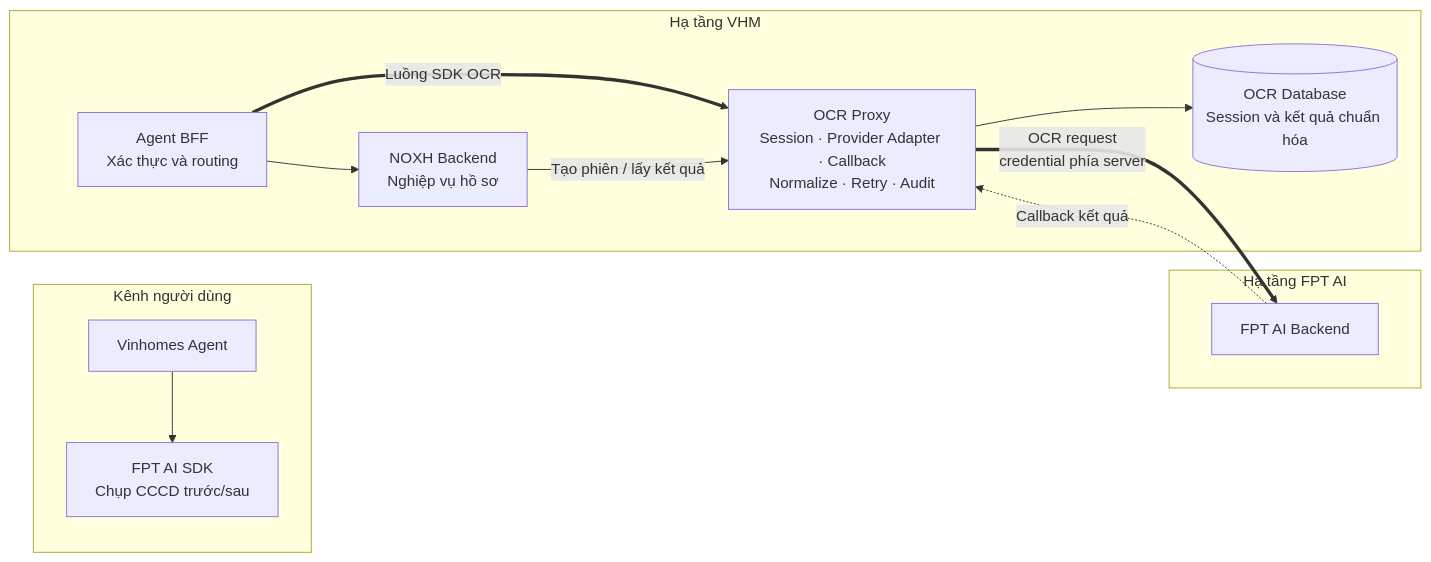
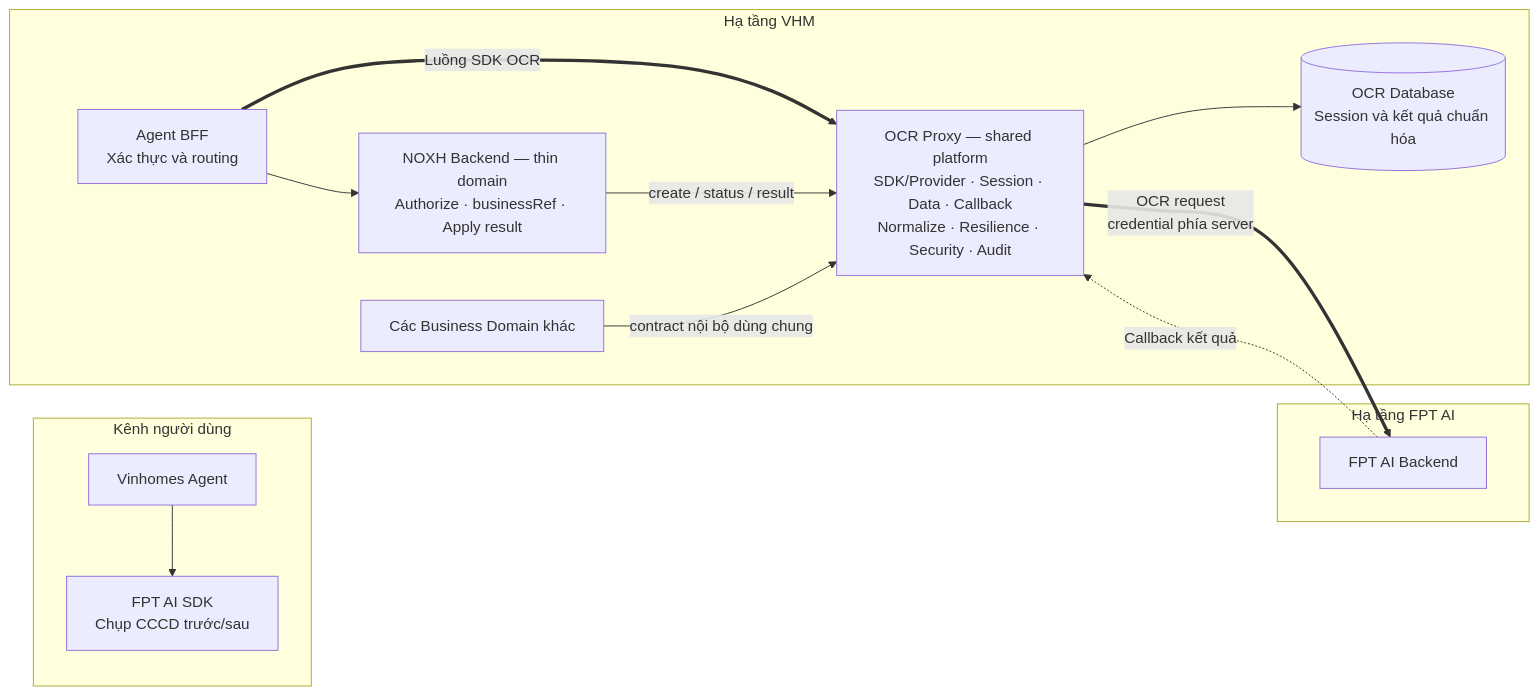
One commit to huynv-xyz/vhm changed the first of 8 diagrams in noxh.md. Above: the diagram before and after it, drawn with Mermaid. The commit also changed other lines of this file, not shown here.

````diff
--- a/noxh.md
+++ b/noxh.md
@@ -121,28 +121,30 @@
 ```mermaid
 flowchart LR
     subgraph CLIENT["Kênh người dùng"]
         AGENT["Vinhomes Agent"]
         SDK["FPT AI SDK<br/>Chụp CCCD trước/sau"]
         AGENT --> SDK
     end
 
     subgraph VHM["Hạ tầng VHM"]
         BFF["Agent BFF<br/>Xác thực và routing"]
-        NOXH["NOXH Backend<br/>Nghiệp vụ hồ sơ"]
-        PROXY["OCR Proxy<br/>Session · Provider Adapter · Callback<br/>Normalize · Retry · Audit"]
+        NOXH["NOXH Backend — thin domain<br/>Authorize · businessRef · Apply result"]
+        DOMAINS["Các Business Domain khác"]
+        PROXY["OCR Proxy — shared platform<br/>SDK/Provider · Session · Data · Callback<br/>Normalize · Resilience · Security · Audit"]
         DB[("OCR Database<br/>Session và kết quả chuẩn hóa")]
 
         BFF --> NOXH
         BFF ==>|"Luồng SDK OCR"| PROXY
-        NOXH -->|"Tạo phiên / lấy kết quả"| PROXY
+        NOXH -->|"create / status / result"| PROXY
+        DOMAINS -->|"contract nội bộ dùng chung"| PROXY
         PROXY --> DB
     end
 
     subgraph FPT["Hạ tầng FPT AI"]
         PROVIDER["FPT AI Backend"]
     end
 
     PROXY ==>|"OCR request<br/>credential phía server"| PROVIDER
     PROVIDER -.->|"Callback kết quả"| PROXY
 
 ```
````
